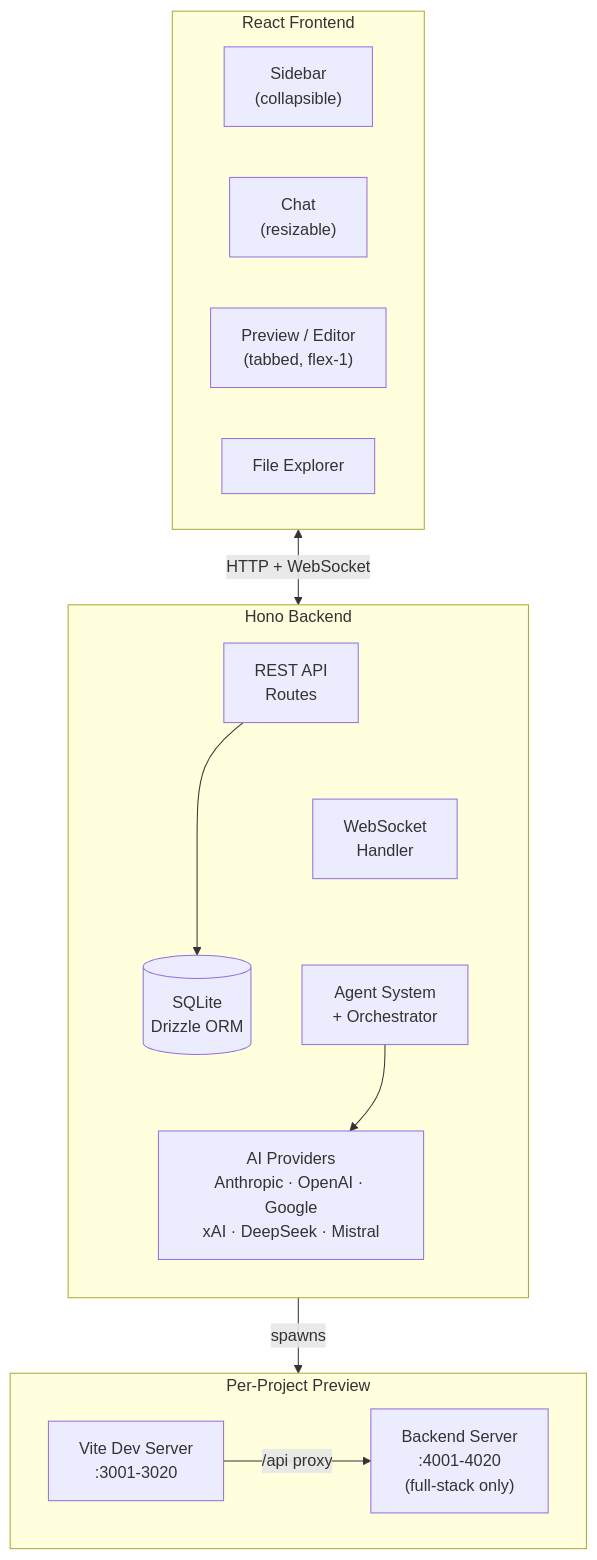
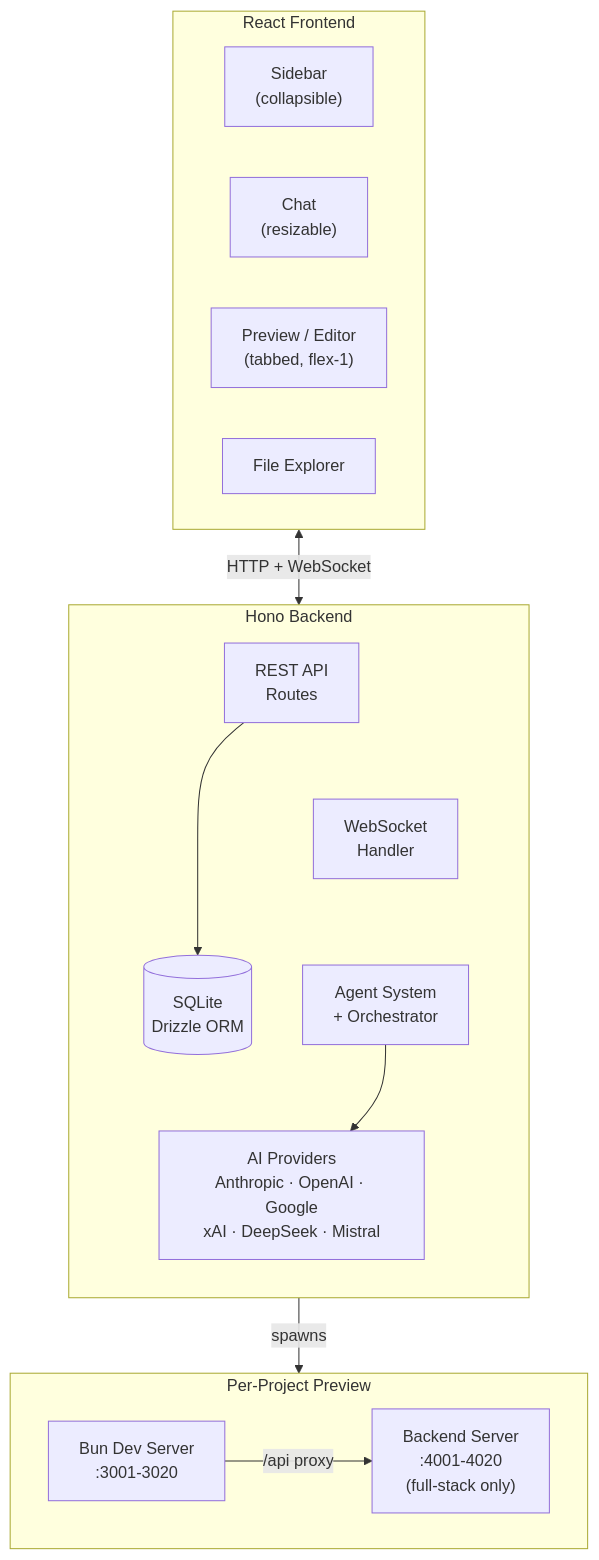
The diagram in docs/wiki/Architecture.md (anthonybaldwin/page-gen), drawn with Mermaid before and after one commit. The commit also changed other lines of this file and 10 other files, not shown here.

First line of the commit message:
docs(wiki): update all Vite/Vitest references to Bun

````diff
--- a/docs/wiki/Architecture.md
+++ b/docs/wiki/Architecture.md
@@ -5,29 +5,29 @@
 ```mermaid
 graph TB
   subgraph FE["React Frontend"]
     direction LR
     SB["Sidebar<br>(collapsible)"]
     CH["Chat<br>(resizable)"]
     PV["Preview / Editor<br>(tabbed, flex-1)"]
     FX["File Explorer"]
   end
 
   FE <-->|"HTTP + WebSocket"| BE
 
   subgraph BE["Hono Backend"]
     direction TB
     REST["REST API<br>Routes"] ~~~ WSH["WebSocket<br>Handler"] ~~~ AGT["Agent System<br>+ Orchestrator"]
     DB[("SQLite<br>Drizzle ORM")] ~~~ AIP["AI Providers<br>Anthropic · OpenAI · Google<br>xAI · DeepSeek · Mistral"]
   end
 
   subgraph PV2["Per-Project Preview"]
     direction LR
-    VITE["Vite Dev Server<br>:3001-3020"]
+    VITE["Bun Dev Server<br>:3001-3020"]
     BACK["Backend Server<br>:4001-4020<br>(full-stack only)"]
   end
 
   REST --> DB
   AGT --> AIP
   AGT -->|"spawns"| PV2
   VITE -->|"/api proxy"| BACK
 ```
````
